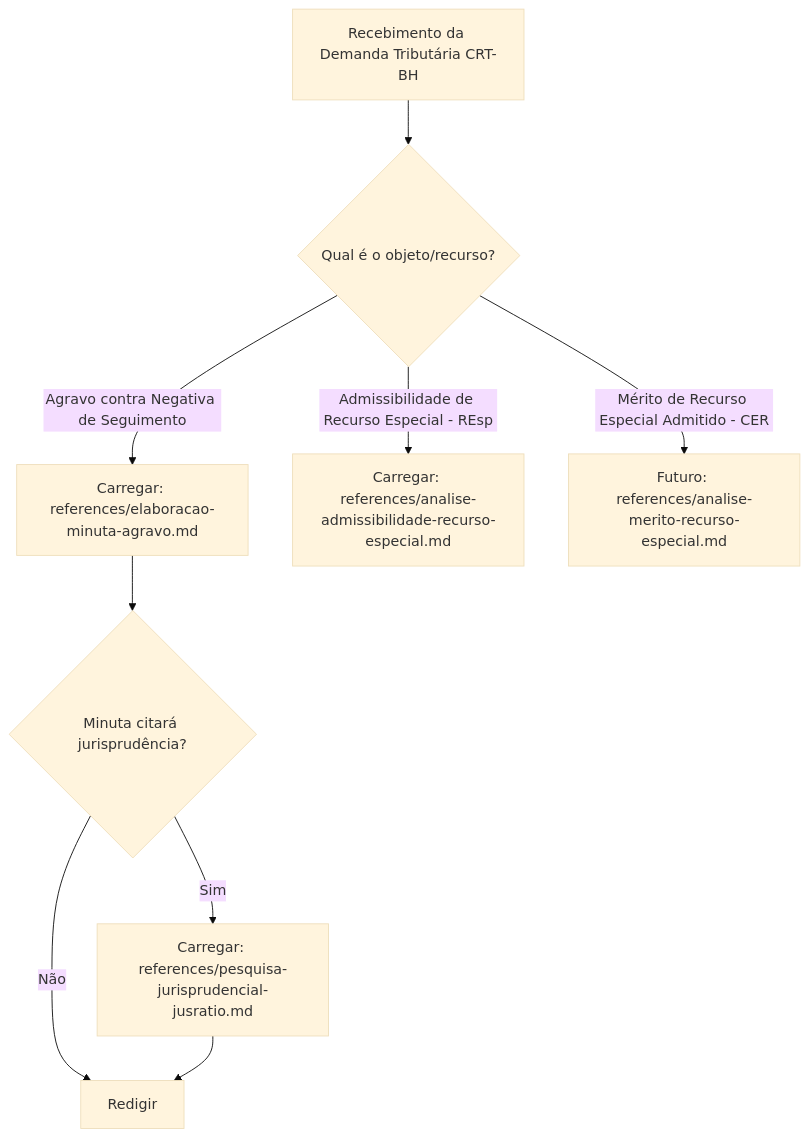
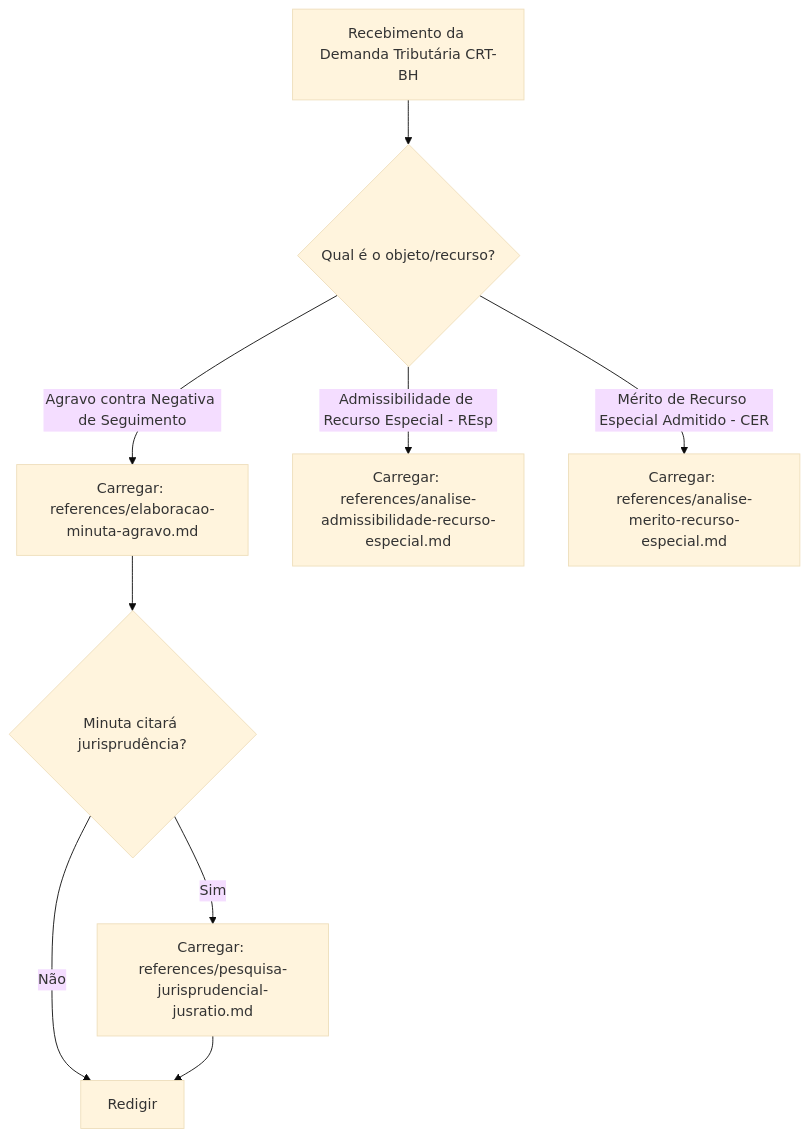
Before and after one commit to marceloid/conselheiro-crt-bh: the diagram in skills/conselheiro-do-crt-bh/SKILL.md, drawn with Mermaid (base theme). The commit also changed other lines of this file and 1 other file, not shown here.

Commit message:
feat: add complete procedural guide for CER Special Appeal merit judgment

````diff
--- a/skills/conselheiro-do-crt-bh/SKILL.md
+++ b/skills/conselheiro-do-crt-bh/SKILL.md
@@ -41,11 +41,11 @@
 ```mermaid
 graph TD
     A[Recebimento da Demanda Tributária CRT-BH] --> B{Qual é o objeto/recurso?}
     B -->|Agravo contra Negativa de Seguimento| C[Carregar: references/elaboracao-minuta-agravo.md]
     B -->|Admissibilidade de Recurso Especial - REsp| D[Carregar: references/analise-admissibilidade-recurso-especial.md]
-    B -->|Mérito de Recurso Especial Admitido - CER| E[Futuro: references/analise-merito-recurso-especial.md]
+    B -->|Mérito de Recurso Especial Admitido - CER| E[Carregar: references/analise-merito-recurso-especial.md]
     C --> F{Minuta citará jurisprudência?}
     F -->|Sim| G[Carregar: references/pesquisa-jurisprudencial-jusratio.md]
     F -->|Não| H[Redigir]
     G --> H
 ```
````
